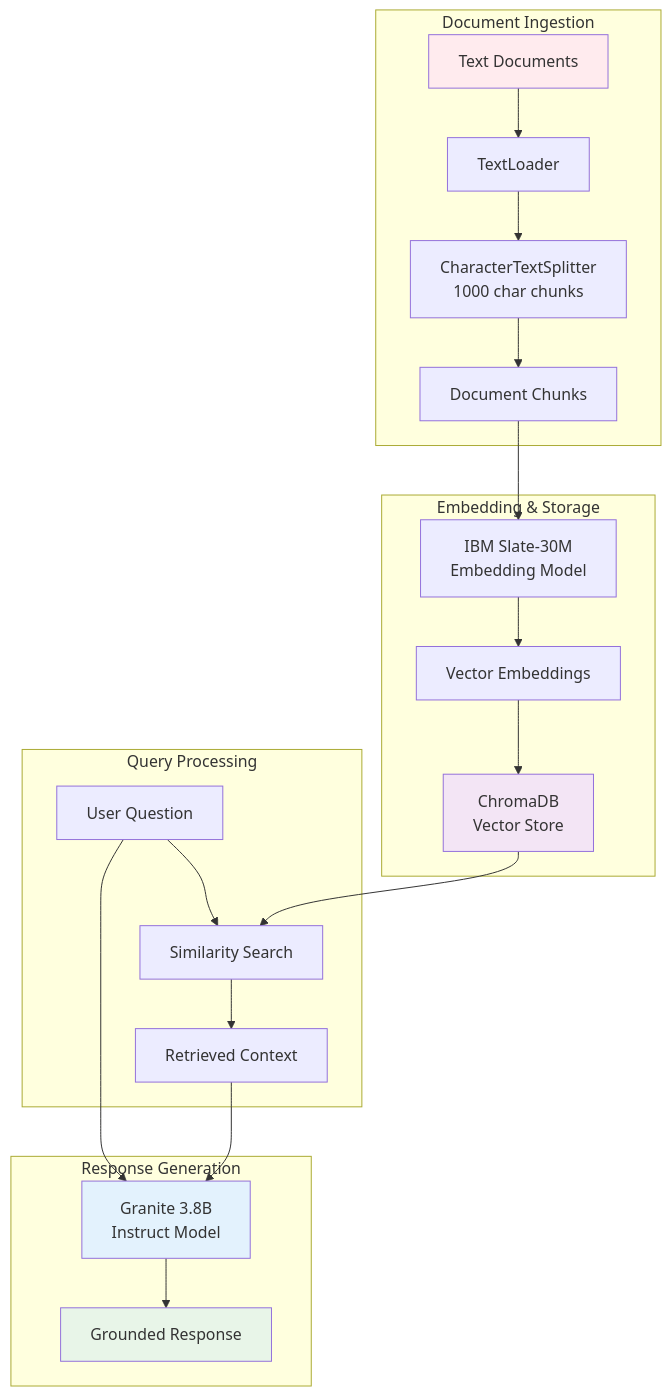
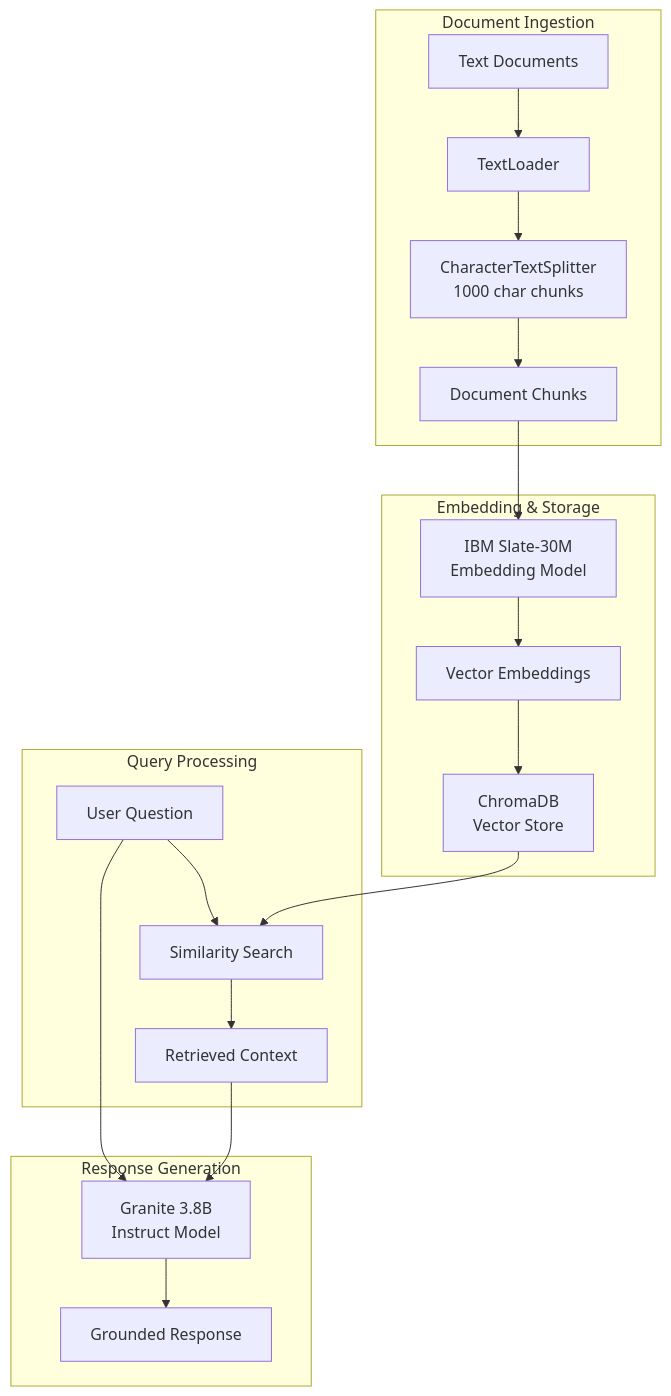
The fourth of 7 diagrams in README.md (eaamankwah/design_build_rag_system_apps), drawn with Mermaid before and after one commit. The commit also changed other lines of this file, not shown here.

````diff
--- a/README.md
+++ b/README.md
@@ -191,31 +181,26 @@
 ```mermaid
 graph TB
     subgraph "Document Ingestion"
         A[Text Documents] --> B[TextLoader]
         B --> C[CharacterTextSplitter<br/>1000 char chunks]
         C --> D[Document Chunks]
     end
     
     subgraph "Embedding & Storage"
         D --> E[IBM Slate-30M<br/>Embedding Model]
         E --> F[Vector Embeddings]
         F --> G[ChromaDB<br/>Vector Store]
     end
     
     subgraph "Query Processing"
         H[User Question] --> I[Similarity Search]
         G --> I
         I --> J[Retrieved Context]
     end
     
     subgraph "Response Generation"
         J --> K[Granite 3.8B<br/>Instruct Model]
         H --> K
         K --> L[Grounded Response]
     end
-    
-    style A fill:#ffebee
-    style G fill:#f3e5f5
-    style K fill:#e3f2fd
-    style L fill:#e8f5e8
 ```
````
